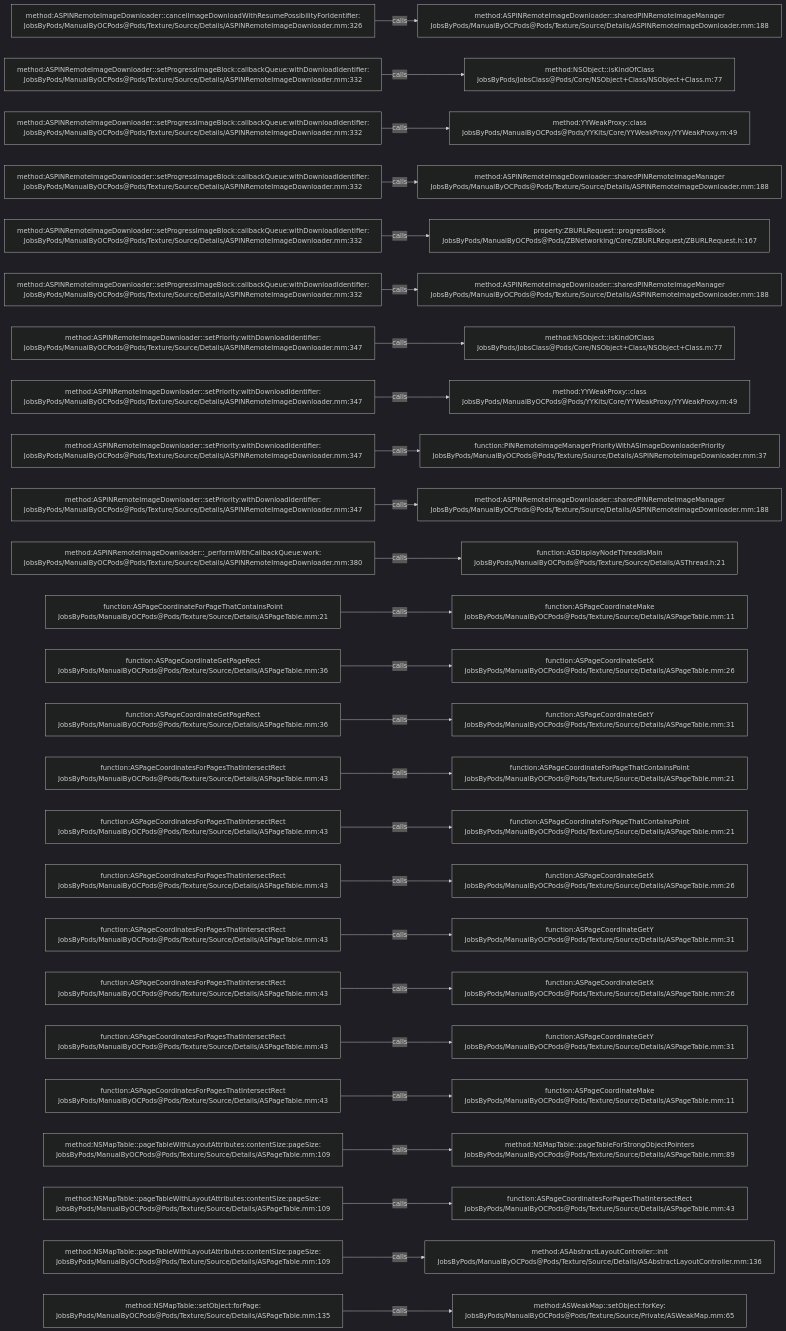
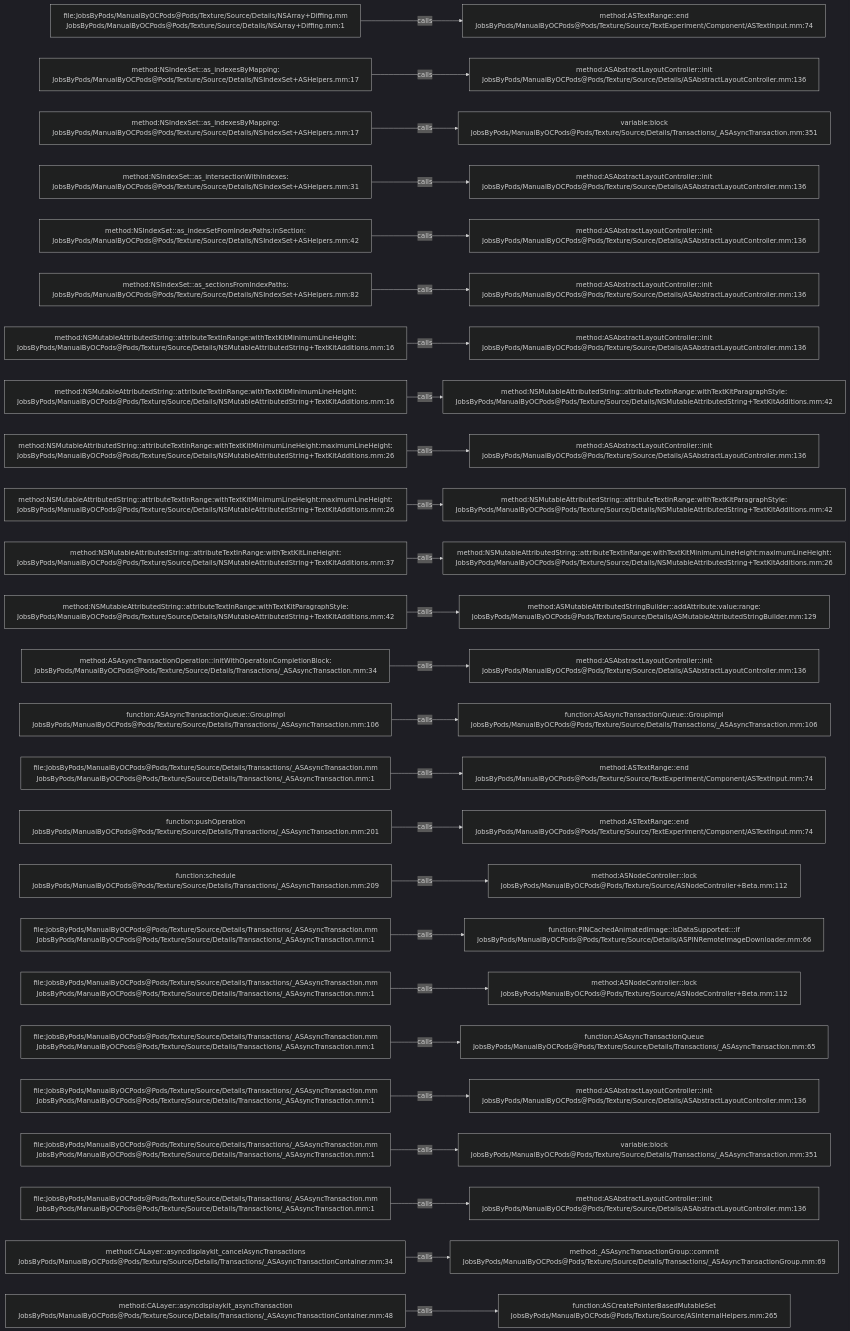
Before and after one commit to JobsKits/JobsOCBaseConfigDemo: the diagram in .codegraph/codegraph.md/graphs/calls-170.md, drawn with Mermaid (dark theme). The commit also changed 1223 other files, not shown here.

````diff
--- a/.codegraph/codegraph.md/graphs/calls-170.md
+++ b/.codegraph/codegraph.md/graphs/calls-170.md
@@ -13,78 +13,78 @@
 ```mermaid
 flowchart LR
-  S1["method:ASPINRemoteImageDownloader::cancelImageDownloadWithResumePossibilityForIdentifier:<br/>JobsByPods/ManualByOCPods@Pods/Texture/Source/Details/ASPINRemoteImageDownloader.mm:326"]
-  T1["method:ASPINRemoteImageDownloader::sharedPINRemoteImageManager<br/>JobsByPods/ManualByOCPods@Pods/Texture/Source/Details/ASPINRemoteImageDownloader.mm:188"]
+  S1["file:JobsByPods/ManualByOCPods@Pods/Texture/Source/Details/NSArray+Diffing.mm<br/>JobsByPods/ManualByOCPods@Pods/Texture/Source/Details/NSArray+Diffing.mm:1"]
+  T1["method:ASTextRange::end<br/>JobsByPods/ManualByOCPods@Pods/Texture/Source/TextExperiment/Component/ASTextInput.mm:74"]
   S1 -->|calls| T1
-  S2["method:ASPINRemoteImageDownloader::setProgressImageBlock:callbackQueue:withDownloadIdentifier:<br/>JobsByPods/ManualByOCPods@Pods/Texture/Source/Details/ASPINRemoteImageDownloader.mm:332"]
-  T2["method:NSObject::isKindOfClass<br/>JobsByPods/JobsClass@Pods/Core/NSObject+Class/NSObject+Class.m:77"]
+  S2["method:NSIndexSet::as_indexesByMapping:<br/>JobsByPods/ManualByOCPods@Pods/Texture/Source/Details/NSIndexSet+ASHelpers.mm:17"]
+  T2["method:ASAbstractLayoutController::init<br/>JobsByPods/ManualByOCPods@Pods/Texture/Source/Details/ASAbstractLayoutController.mm:136"]
   S2 -->|calls| T2
-  S3["method:ASPINRemoteImageDownloader::setProgressImageBlock:callbackQueue:withDownloadIdentifier:<br/>JobsByPods/ManualByOCPods@Pods/Texture/Source/Details/ASPINRemoteImageDownloader.mm:332"]
-  T3["method:YYWeakProxy::class<br/>JobsByPods/ManualByOCPods@Pods/YYKits/Core/YYWeakProxy/YYWeakProxy.m:49"]
+  S3["method:NSIndexSet::as_indexesByMapping:<br/>JobsByPods/ManualByOCPods@Pods/Texture/Source/Details/NSIndexSet+ASHelpers.mm:17"]
+  T3["variable:block<br/>JobsByPods/ManualByOCPods@Pods/Texture/Source/Details/Transactions/_ASAsyncTransaction.mm:351"]
   S3 -->|calls| T3
-  S4["method:ASPINRemoteImageDownloader::setProgressImageBlock:callbackQueue:withDownloadIdentifier:<br/>JobsByPods/ManualByOCPods@Pods/Texture/Source/Details/ASPINRemoteImageDownloader.mm:332"]
-  T4["method:ASPINRemoteImageDownloader::sharedPINRemoteImageManager<br/>JobsByPods/ManualByOCPods@Pods/Texture/Source/Details/ASPINRemoteImageDownloader.mm:188"]
+  S4["method:NSIndexSet::as_intersectionWithIndexes:<br/>JobsByPods/ManualByOCPods@Pods/Texture/Source/Details/NSIndexSet+ASHelpers.mm:31"]
+  T4["method:ASAbstractLayoutController::init<br/>JobsByPods/ManualByOCPods@Pods/Texture/Source/Details/ASAbstractLayoutController.mm:136"]
   S4 -->|calls| T4
-  S5["method:ASPINRemoteImageDownloader::setProgressImageBlock:callbackQueue:withDownloadIdentifier:<br/>JobsByPods/ManualByOCPods@Pods/Texture/Source/Details/ASPINRemoteImageDownloader.mm:332"]
-  T5["property:ZBURLRequest::progressBlock<br/>JobsByPods/ManualByOCPods@Pods/ZBNetworking/Core/ZBURLRequest/ZBURLRequest.h:167"]
+  S5["method:NSIndexSet::as_indexSetFromIndexPaths:inSection:<br/>JobsByPods/ManualByOCPods@Pods/Texture/Source/Details/NSIndexSet+ASHelpers.mm:42"]
+  T5["method:ASAbstractLayoutController::init<br/>JobsByPods/ManualByOCPods@Pods/Texture/Source/Details/ASAbstractLayoutController.mm:136"]
   S5 -->|calls| T5
-  S6["method:ASPINRemoteImageDownloader::setProgressImageBlock:callbackQueue:withDownloadIdentifier:<br/>JobsByPods/ManualByOCPods@Pods/Texture/Source/Details/ASPINRemoteImageDownloader.mm:332"]
-  T6["method:ASPINRemoteImageDownloader::sharedPINRemoteImageManager<br/>JobsByPods/ManualByOCPods@Pods/Texture/Source/Details/ASPINRemoteImageDownloader.mm:188"]
+  S6["method:NSIndexSet::as_sectionsFromIndexPaths:<br/>JobsByPods/ManualByOCPods@Pods/Texture/Source/Details/NSIndexSet+ASHelpers.mm:82"]
+  T6["method:ASAbstractLayoutController::init<br/>JobsByPods/ManualByOCPods@Pods/Texture/Source/Details/ASAbstractLayoutController.mm:136"]
   S6 -->|calls| T6
-  S7["method:ASPINRemoteImageDownloader::setPriority:withDownloadIdentifier:<br/>JobsByPods/ManualByOCPods@Pods/Texture/Source/Details/ASPINRemoteImageDownloader.mm:347"]
-  T7["method:NSObject::isKindOfClass<br/>JobsByPods/JobsClass@Pods/Core/NSObject+Class/NSObject+Class.m:77"]
+  S7["method:NSMutableAttributedString::attributeTextInRange:withTextKitMinimumLineHeight:<br/>JobsByPods/ManualByOCPods@Pods/Texture/Source/Details/NSMutableAttributedString+TextKitAdditions.mm:16"]
+  T7["method:ASAbstractLayoutController::init<br/>JobsByPods/ManualByOCPods@Pods/Texture/Source/Details/ASAbstractLayoutController.mm:136"]
   S7 -->|calls| T7
-  S8["method:ASPINRemoteImageDownloader::setPriority:withDownloadIdentifier:<br/>JobsByPods/ManualByOCPods@Pods/Texture/Source/Details/ASPINRemoteImageDownloader.mm:347"]
-  T8["method:YYWeakProxy::class<br/>JobsByPods/ManualByOCPods@Pods/YYKits/Core/YYWeakProxy/YYWeakProxy.m:49"]
+  S8["method:NSMutableAttributedString::attributeTextInRange:withTextKitMinimumLineHeight:<br/>JobsByPods/ManualByOCPods@Pods/Texture/Source/Details/NSMutableAttributedString+TextKitAdditions.mm:16"]
+  T8["method:NSMutableAttributedString::attributeTextInRange:withTextKitParagraphStyle:<br/>JobsByPods/ManualByOCPods@Pods/Texture/Source/Details/NSMutableAttributedString+TextKitAdditions.mm:42"]
   S8 -->|calls| T8
-  S9["method:ASPINRemoteImageDownloader::setPriority:withDownloadIdentifier:<br/>JobsByPods/ManualByOCPods@Pods/Texture/Source/Details/ASPINRemoteImageDownloader.mm:347"]
-  T9["function:PINRemoteImageManagerPriorityWithASImageDownloaderPriority<br/>JobsByPods/ManualByOCPods@Pods/Texture/Source/Details/ASPINRemoteImageDownloader.mm:37"]
+  S9["method:NSMutableAttributedString::attributeTextInRange:withTextKitMinimumLineHeight:maximumLineHeight:<br/>JobsByPods/ManualByOCPods@Pods/Texture/Source/Details/NSMutableAttributedString+TextKitAdditions.mm:26"]
+  T9["method:ASAbstractLayoutController::init<br/>JobsByPods/ManualByOCPods@Pods/Texture/Source/Details/ASAbstractLayoutController.mm:136"]
   S9 -->|calls| T9
-  S10["method:ASPINRemoteImageDownloader::setPriority:withDownloadIdentifier:<br/>JobsByPods/ManualByOCPods@Pods/Texture/Source/Details/ASPINRemoteImageDownloader.mm:347"]
-  T10["method:ASPINRemoteImageDownloader::sharedPINRemoteImageManager<br/>JobsByPods/ManualByOCPods@Pods/Texture/Source/Details/ASPINRemoteImageDownloader.mm:188"]
+  S10["method:NSMutableAttributedString::attributeTextInRange:withTextKitMinimumLineHeight:maximumLineHeight:<br/>JobsByPods/ManualByOCPods@Pods/Texture/Source/Details/NSMutableAttributedString+TextKitAdditions.mm:26"]
+  T10["method:NSMutableAttributedString::attributeTextInRange:withTextKitParagraphStyle:<br/>JobsByPods/ManualByOCPods@Pods/Texture/Source/Details/NSMutableAttributedString+TextKitAdditions.mm:42"]
   S10 -->|calls| T10
-  S11["method:ASPINRemoteImageDownloader::_performWithCallbackQueue:work:<br/>JobsByPods/ManualByOCPods@Pods/Texture/Source/Details/ASPINRemoteImageDownloader.mm:380"]
-  T11["function:ASDisplayNodeThreadIsMain<br/>JobsByPods/ManualByOCPods@Pods/Texture/Source/Details/ASThread.h:21"]
+  S11["method:NSMutableAttributedString::attributeTextInRange:withTextKitLineHeight:<br/>JobsByPods/ManualByOCPods@Pods/Texture/Source/Details/NSMutableAttributedString+TextKitAdditions.mm:37"]
+  T11["method:NSMutableAttributedString::attributeTextInRange:withTextKitMinimumLineHeight:maximumLineHeight:<br/>JobsByPods/ManualByOCPods@Pods/Texture/Source/Details/NSMutableAttributedString+TextKitAdditions.mm:26"]
   S11 -->|calls| T11
-  S12["function:ASPageCoordinateForPageThatContainsPoint<br/>JobsByPods/ManualByOCPods@Pods/Texture/Source/Details/ASPageTable.mm:21"]
-  T12["function:ASPageCoordinateMake<br/>JobsByPods/ManualByOCPods@Pods/Texture/Source/Details/ASPageTable.mm:11"]
+  S12["method:NSMutableAttributedString::attributeTextInRange:withTextKitParagraphStyle:<br/>JobsByPods/ManualByOCPods@Pods/Texture/Source/Details/NSMutableAttributedString+TextKitAdditions.mm:42"]
+  T12["method:ASMutableAttributedStringBuilder::addAttribute:value:range:<br/>JobsByPods/ManualByOCPods@Pods/Texture/Source/Details/ASMutableAttributedStringBuilder.mm:129"]
   S12 -->|calls| T12
-  S13["function:ASPageCoordinateGetPageRect<br/>JobsByPods/ManualByOCPods@Pods/Texture/Source/Details/ASPageTable.mm:36"]
-  T13["function:ASPageCoordinateGetX<br/>JobsByPods/ManualByOCPods@Pods/Texture/Source/Details/ASPageTable.mm:26"]
+  S13["method:ASAsyncTransactionOperation::initWithOperationCompletionBlock:<br/>JobsByPods/ManualByOCPods@Pods/Texture/Source/Details/Transactions/_ASAsyncTransaction.mm:34"]
+  T13["method:ASAbstractLayoutController::init<br/>JobsByPods/ManualByOCPods@Pods/Texture/Source/Details/ASAbstractLayoutController.mm:136"]
   S13 -->|calls| T13
-  S14["function:ASPageCoordinateGetPageRect<br/>JobsByPods/ManualByOCPods@Pods/Texture/Source/Details/ASPageTable.mm:36"]
-  T14["function:ASPageCoordinateGetY<br/>JobsByPods/ManualByOCPods@Pods/Texture/Source/Details/ASPageTable.mm:31"]
+  S14["function:ASAsyncTransactionQueue::GroupImpl<br/>JobsByPods/ManualByOCPods@Pods/Texture/Source/Details/Transactions/_ASAsyncTransaction.mm:106"]
+  T14["function:ASAsyncTransactionQueue::GroupImpl<br/>JobsByPods/ManualByOCPods@Pods/Texture/Source/Details/Transactions/_ASAsyncTransaction.mm:106"]
   S14 -->|calls| T14
-  S15["function:ASPageCoordinatesForPagesThatIntersectRect<br/>JobsByPods/ManualByOCPods@Pods/Texture/Source/Details/ASPageTable.mm:43"]
-  T15["function:ASPageCoordinateForPageThatContainsPoint<br/>JobsByPods/ManualByOCPods@Pods/Texture/Source/Details/ASPageTable.mm:21"]
+  S15["file:JobsByPods/ManualByOCPods@Pods/Texture/Source/Details/Transactions/_ASAsyncTransaction.mm<br/>JobsByPods/ManualByOCPods@Pods/Texture/Source/Details/Transactions/_ASAsyncTransaction.mm:1"]
+  T15["method:ASTextRange::end<br/>JobsByPods/ManualByOCPods@Pods/Texture/Source/TextExperiment/Component/ASTextInput.mm:74"]
   S15 -->|calls| T15
-  S16["function:ASPageCoordinatesForPagesThatIntersectRect<br/>JobsByPods/ManualByOCPods@Pods/Texture/Source/Details/ASPageTable.mm:43"]
-  T16["function:ASPageCoordinateForPageThatContainsPoint<br/>JobsByPods/ManualByOCPods@Pods/Texture/Source/Details/ASPageTable.mm:21"]
+  S16["function:pushOperation<br/>JobsByPods/ManualByOCPods@Pods/Texture/Source/Details/Transactions/_ASAsyncTransaction.mm:201"]
+  T16["method:ASTextRange::end<br/>JobsByPods/ManualByOCPods@Pods/Texture/Source/TextExperiment/Component/ASTextInput.mm:74"]
   S16 -->|calls| T16
-  S17["function:ASPageCoordinatesForPagesThatIntersectRect<br/>JobsByPods/ManualByOCPods@Pods/Texture/Source/Details/ASPageTable.mm:43"]
-  T17["function:ASPageCoordinateGetX<br/>JobsByPods/ManualByOCPods@Pods/Texture/Source/Details/ASPageTable.mm:26"]
+  S17["function:schedule<br/>JobsByPods/ManualByOCPods@Pods/Texture/Source/Details/Transactions/_ASAsyncTransaction.mm:209"]
+  T17["method:ASNodeController::lock<br/>JobsByPods/ManualByOCPods@Pods/Texture/Source/ASNodeController+Beta.mm:112"]
   S17 -->|calls| T17
-  S18["function:ASPageCoordinatesForPagesThatIntersectRect<br/>JobsByPods/ManualByOCPods@Pods/Texture/Source/Details/ASPageTable.mm:43"]
-  T18["function:ASPageCoordinateGetY<br/>JobsByPods/ManualByOCPods@Pods/Texture/Source/Details/ASPageTable.mm:31"]
+  S18["file:JobsByPods/ManualByOCPods@Pods/Texture/Source/Details/Transactions/_ASAsyncTransaction.mm<br/>JobsByPods/ManualByOCPods@Pods/Texture/Source/Details/Transactions/_ASAsyncTransaction.mm:1"]
+  T18["function:PINCachedAnimatedImage::isDataSupported:::if<br/>JobsByPods/ManualByOCPods@Pods/Texture/Source/Details/ASPINRemoteImageDownloader.mm:66"]
   S18 -->|calls| T18
-  S19["function:ASPageCoordinatesForPagesThatIntersectRect<br/>JobsByPods/ManualByOCPods@Pods/Texture/Source/Details/ASPageTable.mm:43"]
-  T19["function:ASPageCoordinateGetX<br/>JobsByPods/ManualByOCPods@Pods/Texture/Source/Details/ASPageTable.mm:26"]
+  S19["file:JobsByPods/ManualByOCPods@Pods/Texture/Source/Details/Transactions/_ASAsyncTransaction.mm<br/>JobsByPods/ManualByOCPods@Pods/Texture/Source/Details/Transactions/_ASAsyncTransaction.mm:1"]
+  T19["method:ASNodeController::lock<br/>JobsByPods/ManualByOCPods@Pods/Texture/Source/ASNodeController+Beta.mm:112"]
   S19 -->|calls| T19
-  S20["function:ASPageCoordinatesForPagesThatIntersectRect<br/>JobsByPods/ManualByOCPods@Pods/Texture/Source/Details/ASPageTable.mm:43"]
-  T20["function:ASPageCoordinateGetY<br/>JobsByPods/ManualByOCPods@Pods/Texture/Source/Details/ASPageTable.mm:31"]
+  S20["file:JobsByPods/ManualByOCPods@Pods/Texture/Source/Details/Transactions/_ASAsyncTransaction.mm<br/>JobsByPods/ManualByOCPods@Pods/Texture/Source/Details/Transactions/_ASAsyncTransaction.mm:1"]
+  T20["function:ASAsyncTransactionQueue<br/>JobsByPods/ManualByOCPods@Pods/Texture/Source/Details/Transactions/_ASAsyncTransaction.mm:65"]
   S20 -->|calls| T20
-  S21["function:ASPageCoordinatesForPagesThatIntersectRect<br/>JobsByPods/ManualByOCPods@Pods/Texture/Source/Details/ASPageTable.mm:43"]
-  T21["function:ASPageCoordinateMake<br/>JobsByPods/ManualByOCPods@Pods/Texture/Source/Details/ASPageTable.mm:11"]
+  S21["file:JobsByPods/ManualByOCPods@Pods/Texture/Source/Details/Transactions/_ASAsyncTransaction.mm<br/>JobsByPods/ManualByOCPods@Pods/Texture/Source/Details/Transactions/_ASAsyncTransaction.mm:1"]
+  T21["method:ASAbstractLayoutController::init<br/>JobsByPods/ManualByOCPods@Pods/Texture/Source/Details/ASAbstractLayoutController.mm:136"]
   S21 -->|calls| T21
-  S22["method:NSMapTable::pageTableWithLayoutAttributes:contentSize:pageSize:<br/>JobsByPods/ManualByOCPods@Pods/Texture/Source/Details/ASPageTable.mm:109"]
-  T22["method:NSMapTable::pageTableForStrongObjectPointers<br/>JobsByPods/ManualByOCPods@Pods/Texture/Source/Details/ASPageTable.mm:89"]
+  S22["file:JobsByPods/ManualByOCPods@Pods/Texture/Source/Details/Transactions/_ASAsyncTransaction.mm<br/>JobsByPods/ManualByOCPods@Pods/Texture/Source/Details/Transactions/_ASAsyncTransaction.mm:1"]
+  T22["variable:block<br/>JobsByPods/ManualByOCPods@Pods/Texture/Source/Details/Transactions/_ASAsyncTransaction.mm:351"]
   S22 -->|calls| T22
-  S23["method:NSMapTable::pageTableWithLayoutAttributes:contentSize:pageSize:<br/>JobsByPods/ManualByOCPods@Pods/Texture/Source/Details/ASPageTable.mm:109"]
-  T23["function:ASPageCoordinatesForPagesThatIntersectRect<br/>JobsByPods/ManualByOCPods@Pods/Texture/Source/Details/ASPageTable.mm:43"]
+  S23["file:JobsByPods/ManualByOCPods@Pods/Texture/Source/Details/Transactions/_ASAsyncTransaction.mm<br/>JobsByPods/ManualByOCPods@Pods/Texture/Source/Details/Transactions/_ASAsyncTransaction.mm:1"]
+  T23["method:ASAbstractLayoutController::init<br/>JobsByPods/ManualByOCPods@Pods/Texture/Source/Details/ASAbstractLayoutController.mm:136"]
   S23 -->|calls| T23
-  S24["method:NSMapTable::pageTableWithLayoutAttributes:contentSize:pageSize:<br/>JobsByPods/ManualByOCPods@Pods/Texture/Source/Details/ASPageTable.mm:109"]
-  T24["method:ASAbstractLayoutController::init<br/>JobsByPods/ManualByOCPods@Pods/Texture/Source/Details/ASAbstractLayoutController.mm:136"]
+  S24["method:CALayer::asyncdisplaykit_cancelAsyncTransactions<br/>JobsByPods/ManualByOCPods@Pods/Texture/Source/Details/Transactions/_ASAsyncTransactionContainer.mm:34"]
+  T24["method:_ASAsyncTransactionGroup::commit<br/>JobsByPods/ManualByOCPods@Pods/Texture/Source/Details/Transactions/_ASAsyncTransactionGroup.mm:69"]
   S24 -->|calls| T24
-  S25["method:NSMapTable::setObject:forPage:<br/>JobsByPods/ManualByOCPods@Pods/Texture/Source/Details/ASPageTable.mm:135"]
-  T25["method:ASWeakMap::setObject:forKey:<br/>JobsByPods/ManualByOCPods@Pods/Texture/Source/Private/ASWeakMap.mm:65"]
+  S25["method:CALayer::asyncdisplaykit_asyncTransaction<br/>JobsByPods/ManualByOCPods@Pods/Texture/Source/Details/Transactions/_ASAsyncTransactionContainer.mm:48"]
+  T25["function:ASCreatePointerBasedMutableSet<br/>JobsByPods/ManualByOCPods@Pods/Texture/Source/ASInternalHelpers.mm:265"]
   S25 -->|calls| T25
 ```
````
